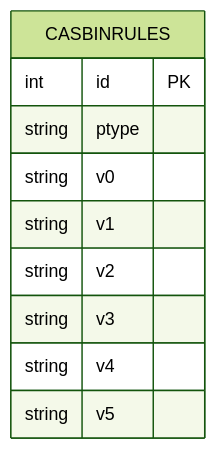
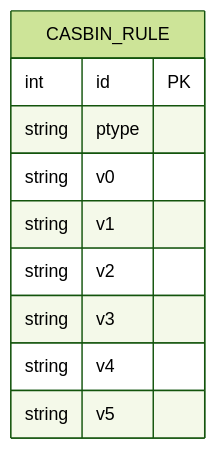
One commit to wuwuseo/e-sports-go-admin changed the fifth of 12 diagrams in .qoder/repowiki/zh/content/数据库设计/数据库设计.md. Above: the diagram before and after it, drawn with Mermaid (forest theme). The commit also changed other lines of this file and 115 other files, not shown here.

````diff
--- a/.qoder/repowiki/zh/content/数据库设计/数据库设计.md
+++ b/.qoder/repowiki/zh/content/数据库设计/数据库设计.md
@@ -260,13 +272,13 @@
 ```mermaid
 erDiagram
-CASBINRULES {
+CASBIN_RULE {
 int id PK
 string ptype
 string v0
 string v1
 string v2
 string v3
 string v4
 string v5
 }
 ```
````
